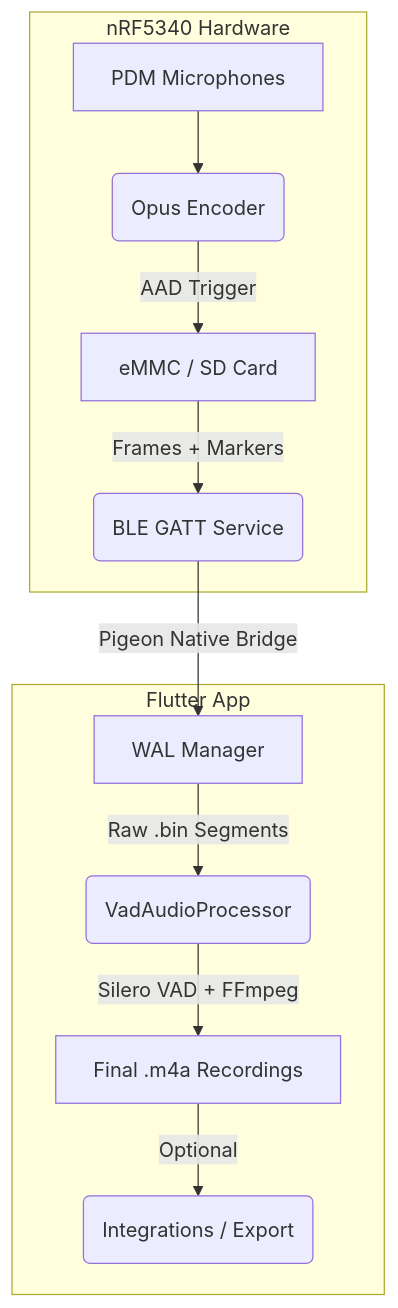
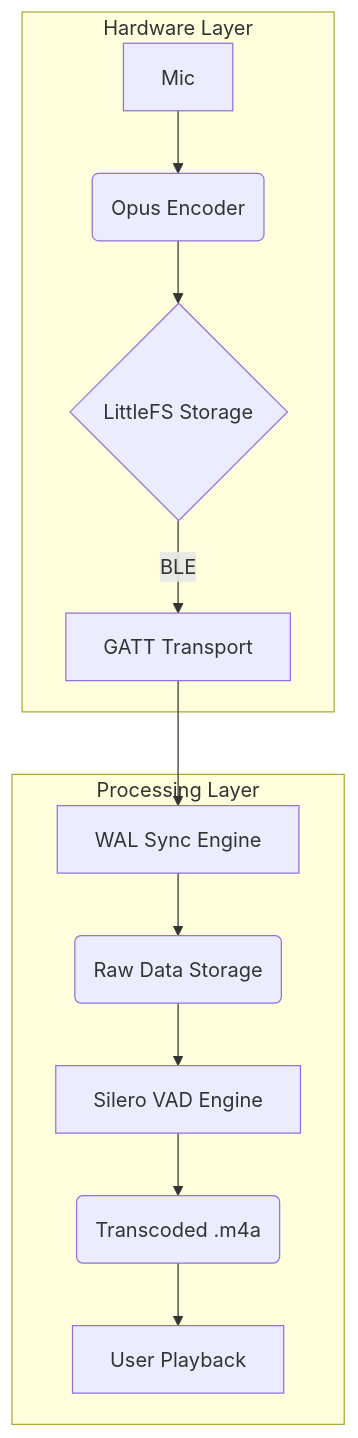
One commit to john-gitdev/omi-offline changed the diagram in README.md. Above: the diagram before and after it, drawn with Mermaid. The commit also changed other lines of this file, not shown here.

````diff
--- a/README.md
+++ b/README.md
@@ -42,15 +45,16 @@
 ```mermaid
 graph TD
-    subgraph Wearable [nRF5340 Hardware]
-        A[PDM Microphones] --> B(Opus Encoder)
-        B -->|AAD Trigger| C[eMMC / SD Card]
-        C -->|Frames + Markers| D(BLE GATT Service)
+    subgraph Wearable [Hardware Layer]
+        A[Mic] --> B(Opus Encoder)
+        B --> C{LittleFS Storage}
+        C -->|BLE| D[GATT Transport]
     end
 
-    subgraph Mobile [Flutter App]
-        D -->|Pigeon Native Bridge| E[WAL Manager]
-        E -->|Raw .bin Segments| F(VadAudioProcessor)
-        F -->|Silero VAD + FFmpeg| G[Final .m4a Recordings]
-        G -->|Optional| H(Integrations / Export)
+    subgraph Mobile [Processing Layer]
+        D --> E[WAL Sync Engine]
+        E --> F(Raw Data Storage)
+        F --> G[Silero VAD Engine]
+        G --> H(Transcoded .m4a)
+        H --> I[User Playback]
     end
 ```
````
